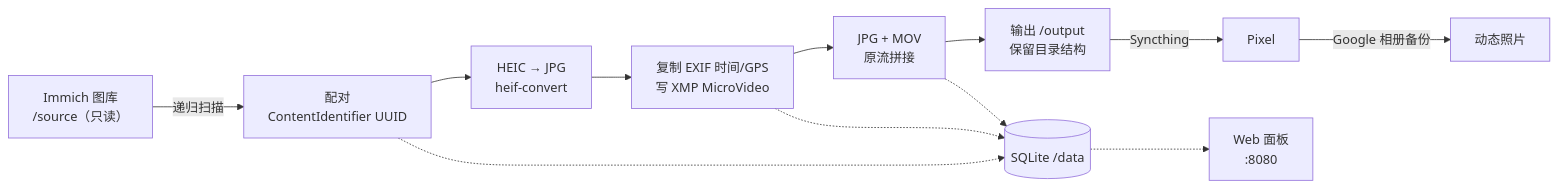
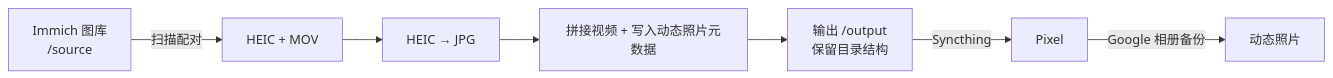
The diagram in README.md (AndreasByrsting/live2motion), drawn with Mermaid before and after one commit. The commit also changed other lines of this file, not shown here.

````diff
--- a/README.md
+++ b/README.md
@@ -7,14 +7,9 @@
 ```mermaid
 flowchart LR
-    A["Immich 图库<br/>/source（只读）"] -->|递归扫描| B["配对<br/>ContentIdentifier UUID"]
-    B --> C["HEIC → JPG<br/>heif-convert"]
-    C --> D["复制 EXIF 时间/GPS<br/>写 XMP MicroVideo"]
-    D --> E["JPG + MOV<br/>原流拼接"]
-    E --> F["输出 /output<br/>保留目录结构"]
-    F -->|Syncthing| G["Pixel"]
-    G -->|Google 相册备份| H["动态照片"]
-    B -.-> I[("SQLite /data")]
-    D -.-> I
-    E -.-> I
-    I -.-> J["Web 面板<br/>:8080"]
+    A["Immich 图库<br/>/source"] -->|扫描配对| B["HEIC + MOV"]
+    B --> C["HEIC → JPG"]
+    C --> D["拼接视频 + 写入动态照片元数据"]
+    D --> E["输出 /output<br/>保留目录结构"]
+    E -->|Syncthing| F["Pixel"]
+    F -->|Google 相册备份| G["动态照片"]
 ```
````
